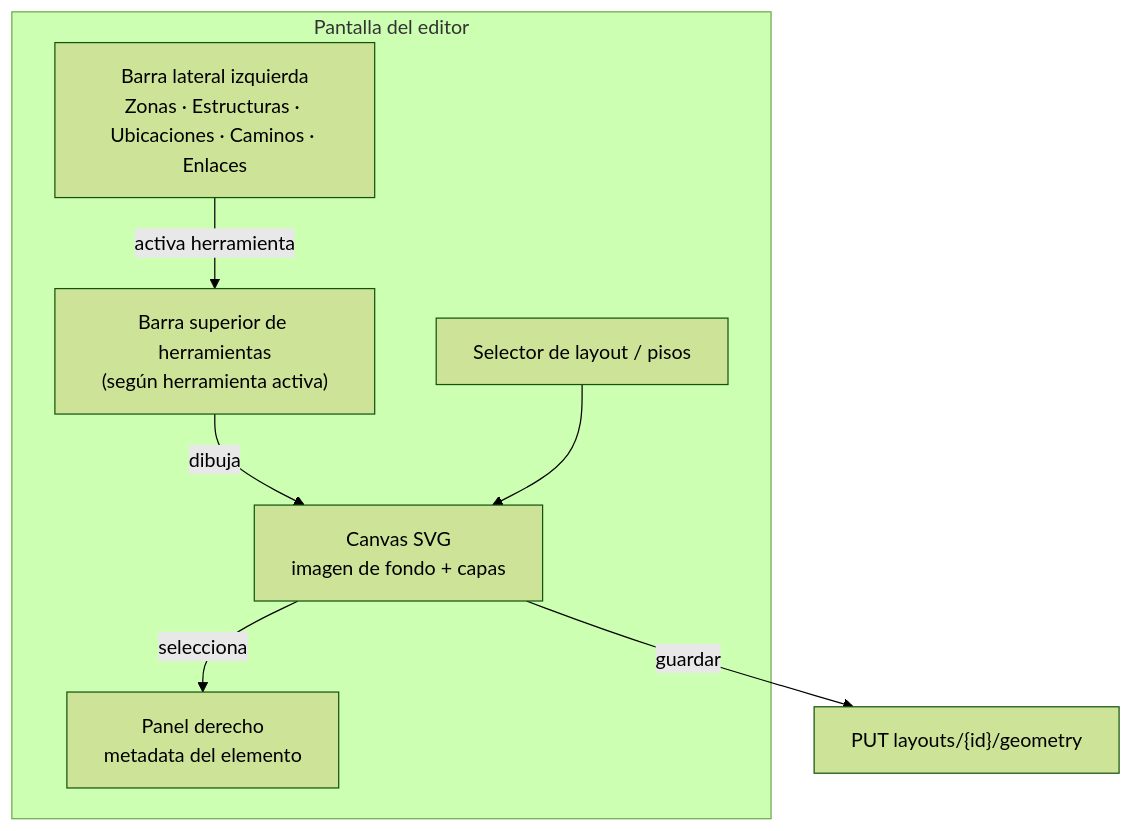
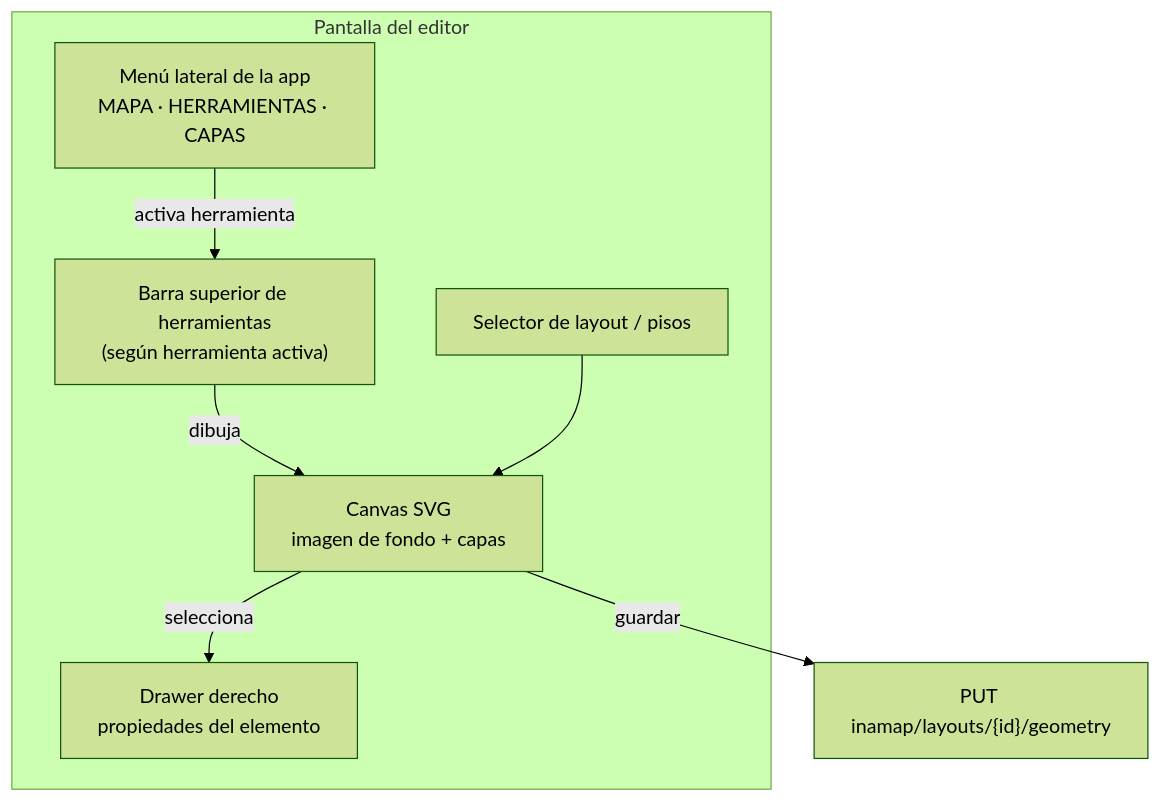
One commit to farandal/inamap-backend-domain changed the sixth of 21 diagrams in README.md. Above: the diagram before and after it, drawn with Mermaid (forest theme). The commit also changed other lines of this file, not shown here.

First line of the commit message:
docs: finalize INAMAP domain specification

````diff
--- a/README.md
+++ b/README.md
@@ -500,15 +572,15 @@
 ```mermaid
 flowchart TD
     subgraph UI["Pantalla del editor"]
         TOP["Barra superior de herramientas<br/>(según herramienta activa)"]
-        SIDE["Barra lateral izquierda<br/>Zonas · Estructuras · Ubicaciones · Caminos · Enlaces"]
+        SIDE["Menú lateral de la app<br/>MAPA · HERRAMIENTAS · CAPAS"]
         CANVAS["Canvas SVG<br/>imagen de fondo + capas"]
-        RIGHT["Panel derecho<br/>metadata del elemento"]
+        RIGHT["Drawer derecho<br/>propiedades del elemento"]
         LAY["Selector de layout / pisos"]
     end
     SIDE -->|"activa herramienta"| TOP
     TOP -->|"dibuja"| CANVAS
     CANVAS -->|"selecciona"| RIGHT
     LAY --> CANVAS
-    CANVAS -->|"guardar"| SAVE["PUT layouts/{id}/geometry"]
+    CANVAS -->|"guardar"| SAVE["PUT inamap/layouts/{id}/geometry"]
 ```
````
